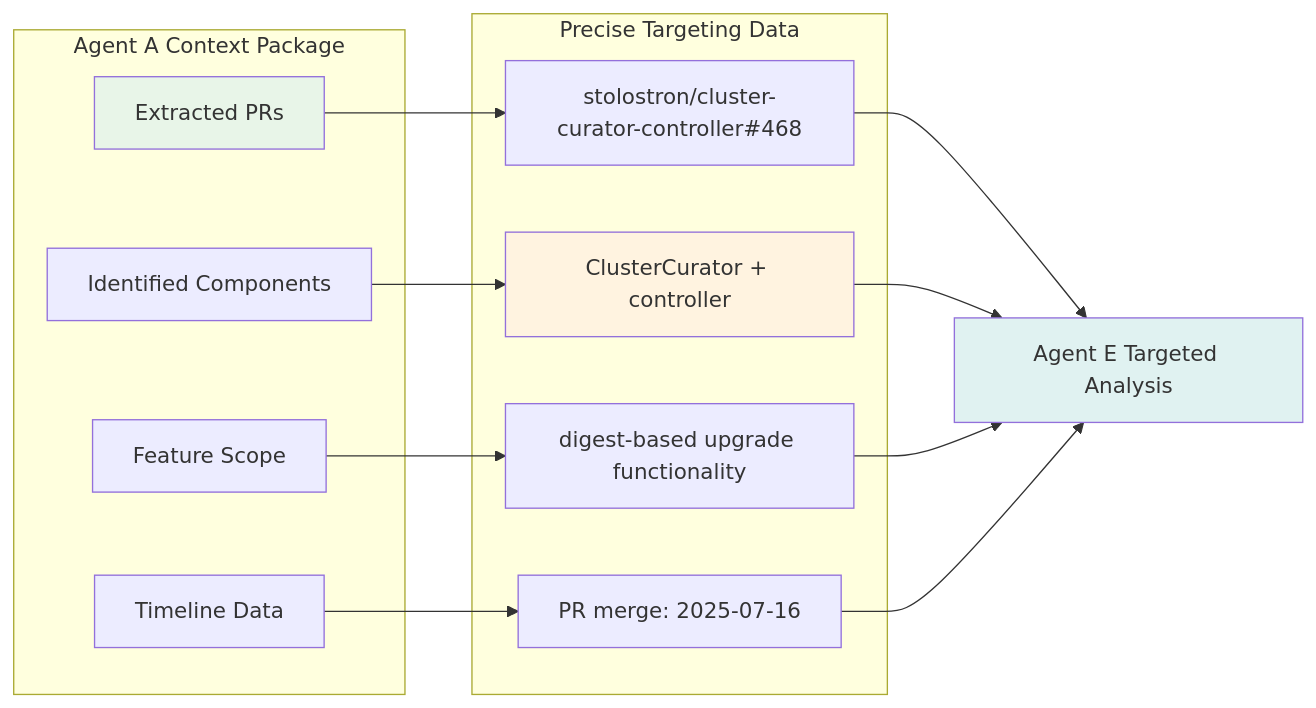
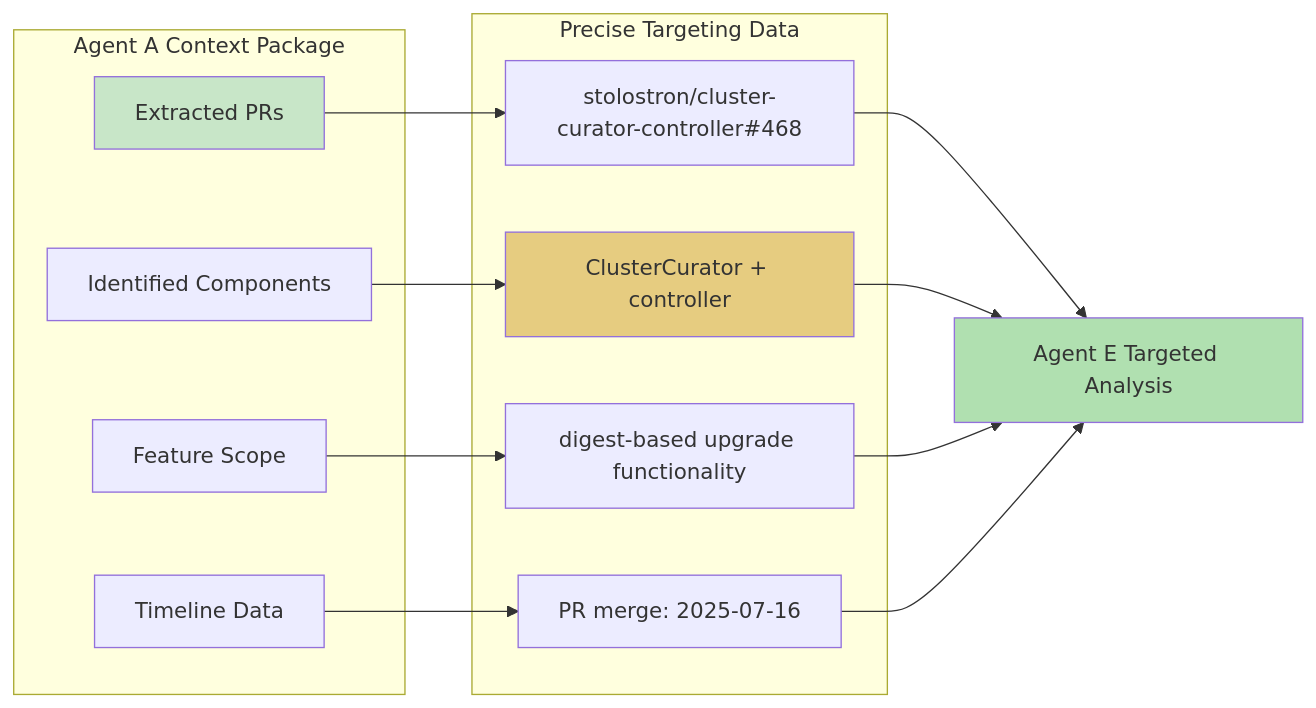
Diagram 12 of 29 in apps/claude-test-generator/docs/framework-workflow-details.md (stolostron/ai-test-gen), drawn with Mermaid before and after one commit. The commit also changed other lines of this file and 15 other files, not shown here.

First line of the commit message:
🛡️ CRITICAL SECURITY: Implement comprehensive AI security architecture

````diff
--- a/apps/claude-test-generator/docs/framework-workflow-details.md
+++ b/apps/claude-test-generator/docs/framework-workflow-details.md
@@ -672,32 +650,32 @@
 ```mermaid
 flowchart LR
     subgraph "Agent A Context Package"
         PRS[Extracted PRs]
         COMP[Identified Components]
         SCOPE[Feature Scope]
         TIMELINE[Timeline Data]
     end
     
     subgraph "Precise Targeting Data"
         PR_TARGET[stolostron/cluster-curator-controller#468]
         COMP_TARGET[ClusterCurator + controller]
         SCOPE_TARGET[digest-based upgrade functionality]
         TIME_TARGET[PR merge: 2025-07-16]
     end
     
     TARGETED[Agent E Targeted Analysis]
     
     PRS --> PR_TARGET
     COMP --> COMP_TARGET
     SCOPE --> SCOPE_TARGET
     TIMELINE --> TIME_TARGET
     
     PR_TARGET --> TARGETED
     COMP_TARGET --> TARGETED
     SCOPE_TARGET --> TARGETED
     TIME_TARGET --> TARGETED
     
-    style PRS fill:#e8f5e8
-    style COMP_TARGET fill:#fff3e0
-    style TARGETED fill:#e0f2f1
+    style PRS fill:#c8e6c8
+    style COMP_TARGET fill:#e6cc80
+    style TARGETED fill:#b0e0b0
 ```
````
